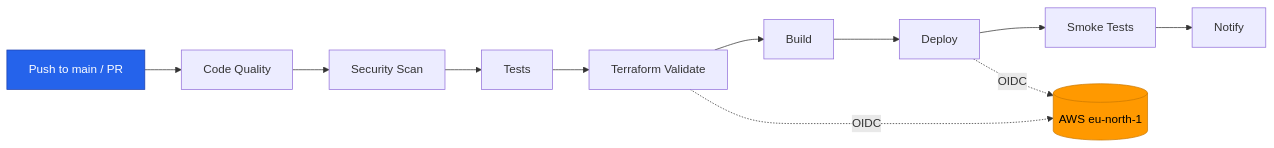
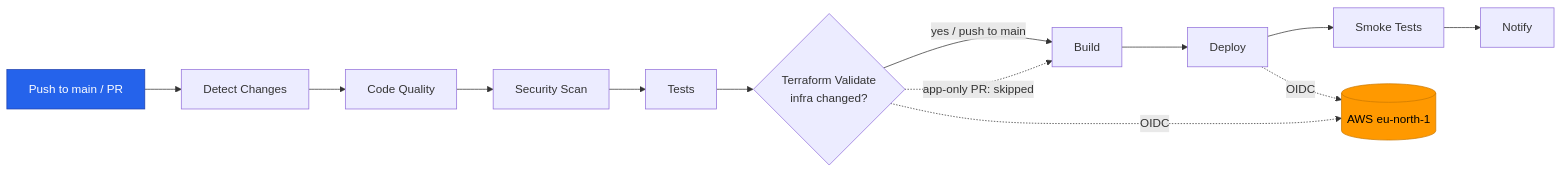
The first of 3 diagrams in README.md (restlessankyyy/my-portfolio-app), drawn with Mermaid before and after one commit. The commit also changed other lines of this file and 1 other file, not shown here.

Commit message:
docs: reflect path-aware Terraform and Dependabot auto-merge in README and architecture
Update the README CI/CD diagram to show change-detection gating and conditional Terraform, refresh the Dependabot section with grouping + auto-merge, and add a CI/CD Pipeline section to docs/architecture.md.

````diff
--- a/README.md
+++ b/README.md
@@ -151,17 +151,19 @@
 ```mermaid
 flowchart LR
-    TRIG[Push to main / PR]:::trigger --> CQ[Code Quality]
+    TRIG[Push to main / PR]:::trigger --> DET[Detect Changes]
+    DET --> CQ[Code Quality]
     CQ --> SS[Security Scan]
     SS --> TST[Tests]
-    TST --> TFV[Terraform Validate]
-    TFV --> BLD[Build]
+    TST --> TFV{Terraform Validate<br/>infra changed?}
+    TFV -- yes / push to main --> BLD[Build]
+    TFV -. app-only PR: skipped .-> BLD
     BLD --> DEP[Deploy]
     DEP --> SMK[Smoke Tests]
     SMK --> NTF[Notify]
 
     TFV -. OIDC .-> AWS[(AWS eu-north-1)]:::aws
     DEP -. OIDC .-> AWS
 
     classDef trigger fill:#2563eb,stroke:#1e40af,color:#fff
     classDef aws fill:#ff9900,stroke:#cc7a00,color:#000
 ```
````
